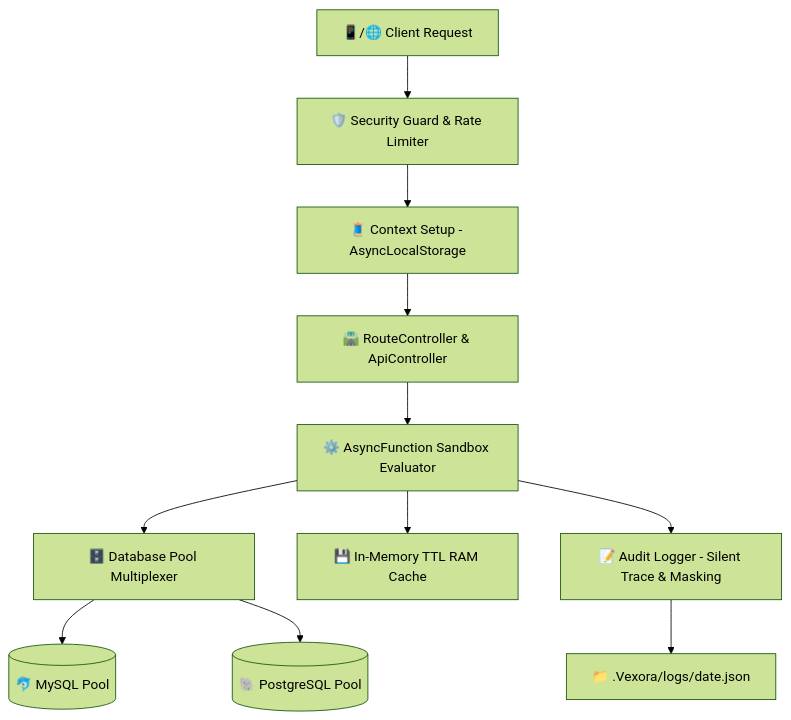
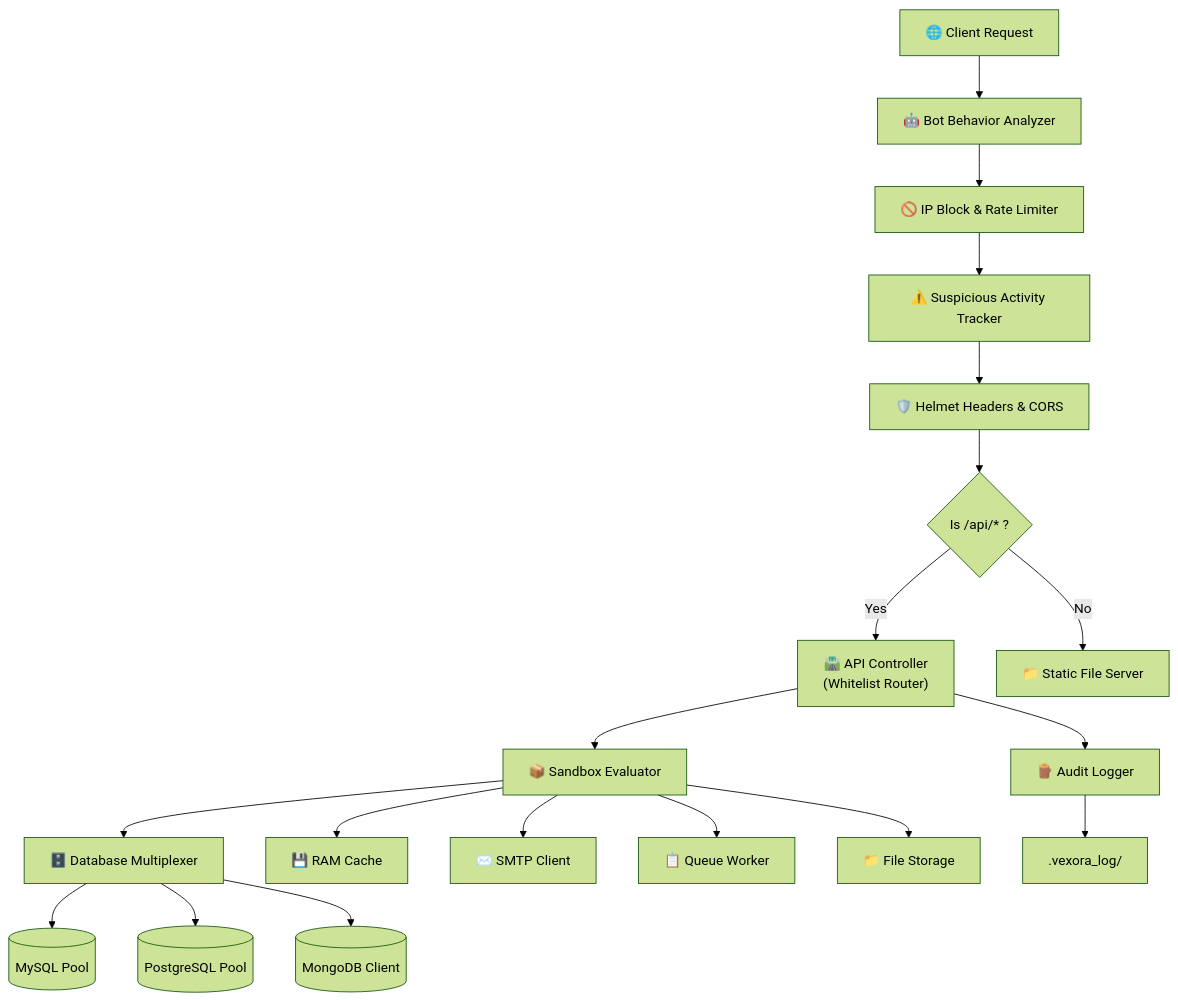
Before and after one commit to satyam9725/satyam9725: the diagram in README.md, drawn with Mermaid (forest theme).

Commit message:
feat(readme): update Vexora architecture Mermaid diagram

````diff
--- a/README.md
+++ b/README.md
@@ -46,13 +46,21 @@
 ```mermaid
 graph TD
-    Client[📱/🌐 Client Request] --> Guard[🛡️ Security Guard & Rate Limiter]
-    Guard --> Context[🧵 Context Setup - AsyncLocalStorage]
-    Context --> Router[🛣️ RouteController & ApiController]
-    Router --> Controller[⚙️ AsyncFunction Sandbox Evaluator]
-    Controller --> DBRouter[🗄️ Database Pool Multiplexer]
-    DBRouter --> MySQL[(🐬 MySQL Pool)]
-    DBRouter --> PG[(🐘 PostgreSQL Pool)]
-    Controller --> Cache[💾 In-Memory TTL RAM Cache]
-    Controller --> Logger[📝 Audit Logger - Silent Trace & Masking]
-    Logger --> Disk[📁 .Vexora/logs/date.json]
+    Client["🌐 Client Request"] --> BotShield["🤖 Bot Behavior Analyzer"]
+    BotShield --> IPGuard["🚫 IP Block & Rate Limiter"]
+    IPGuard --> SuspiciousTracker["⚠️ Suspicious Activity Tracker"]
+    SuspiciousTracker --> SecurityHeaders["🛡️ Helmet Headers & CORS"]
+    SecurityHeaders --> RouteDecision{"Is /api/* ?"}
+    RouteDecision -->|Yes| ApiController["🛣️ API Controller<br/>(Whitelist Router)"]
+    RouteDecision -->|No| StaticServer["📁 Static File Server"]
+    ApiController --> Sandbox["📦 Sandbox Evaluator"]
+    Sandbox --> DB["🗄️ Database Multiplexer"]
+    Sandbox --> Cache["💾 RAM Cache"]
+    Sandbox --> Mail["✉️ SMTP Client"]
+    Sandbox --> Queue["📋 Queue Worker"]
+    Sandbox --> Storage["📁 File Storage"]
+    DB --> MySQL[("MySQL Pool")]
+    DB --> PG[("PostgreSQL Pool")]
+    DB --> Mongo[("MongoDB Client")]
+    ApiController --> Logger["🪵 Audit Logger"]
+    Logger --> Disk[".vexora_log/"]
 ```
````
